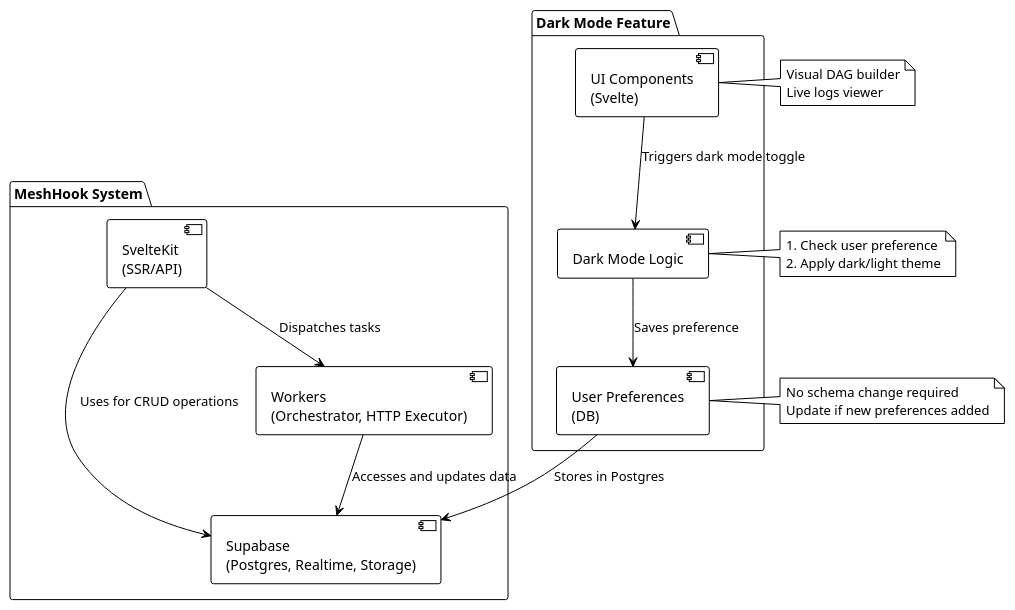
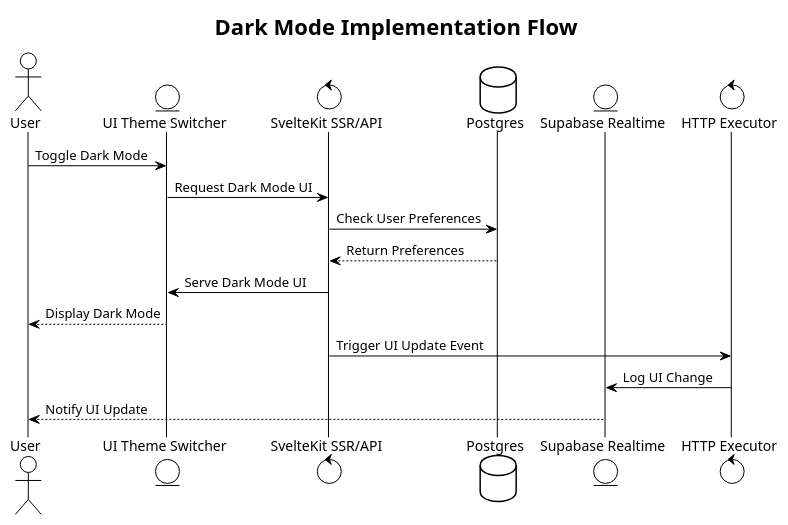
The diagram in docs/PRDs/217-dark-mode.puml (profullstack/meshhook), drawn with PlantUML before and after one commit. The commit also changed 65 other files, not shown here.

```diff
--- a/docs/PRDs/217-dark-mode.puml
+++ b/docs/PRDs/217-dark-mode.puml
@@ -1,39 +1,24 @@
 @startuml
 !theme plain
 
-package "MeshHook System" {
-    [Supabase\n(Postgres, Realtime, Storage)] as Supabase
-    [SvelteKit\n(SSR/API)] as SvelteKit
-    [Workers\n(Orchestrator, HTTP Executor)] as Workers
-}
+title Dark Mode Implementation Flow
 
-package "Dark Mode Feature" {
-    [Dark Mode Logic] as DarkModeLogic
-    [UI Components\n(Svelte)] as UIComponents
-    [User Preferences\n(DB)] as UserPreferences
-}
+actor User
+entity "UI Theme Switcher" as Switcher
+control "SvelteKit SSR/API" as SSR
+database "Postgres" as DB
+entity "Supabase Realtime" as Realtime
+control "HTTP Executor" as Executor
 
-SvelteKit --> Supabase: Uses for CRUD operations
-SvelteKit --> Workers: Dispatches tasks
-Workers --> Supabase: Accesses and updates data
+User -> Switcher : Toggle Dark Mode
+Switcher -> SSR : Request Dark Mode UI
+SSR -> DB : Check User Preferences
+DB --> SSR : Return Preferences
+SSR -> Switcher : Serve Dark Mode UI
+Switcher --> User : Display Dark Mode
 
-UIComponents --> DarkModeLogic: Triggers dark mode toggle
-DarkModeLogic --> UserPreferences: Saves preference
-UserPreferences --> Supabase: Stores in Postgres
-
-note right of DarkModeLogic
-  1. Check user preference
-  2. Apply dark/light theme
-end note
-
-note right of UIComponents
-  Visual DAG builder
-  Live logs viewer
-end note
-
-note right of UserPreferences
-  No schema change required
-  Update if new preferences added
-end note
+SSR -> Executor : Trigger UI Update Event
+Executor -> Realtime : Log UI Change
+Realtime --> User : Notify UI Update
 
 @enduml
```
